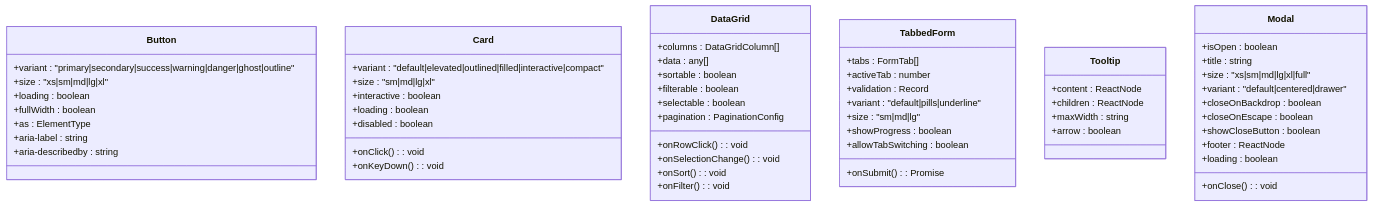
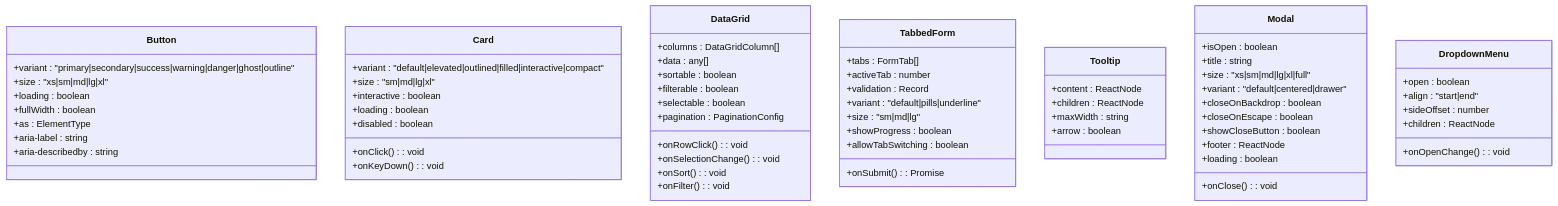
The second of 10 diagrams in .qoder/repowiki/en/content/UI Components/UI Components.md (geniusdynamics/schoolpilot), drawn with Mermaid before and after one commit. The commit also changed other lines of this file and 311 other files, not shown here.

````diff
--- a/.qoder/repowiki/en/content/UI Components/UI Components.md
+++ b/.qoder/repowiki/en/content/UI Components/UI Components.md
@@ -133,61 +167,68 @@
 ```mermaid
 classDiagram
 class Button {
 +variant : "primary|secondary|success|warning|danger|ghost|outline"
 +size : "xs|sm|md|lg|xl"
 +loading : boolean
 +fullWidth : boolean
 +as : ElementType
 +aria-label : string
 +aria-describedby : string
 }
 class Card {
 +variant : "default|elevated|outlined|filled|interactive|compact"
 +size : "sm|md|lg|xl"
 +interactive : boolean
 +loading : boolean
 +disabled : boolean
 +onClick() : void
 +onKeyDown() : void
 }
 class DataGrid {
 +columns : DataGridColumn[]
 +data : any[]
 +sortable : boolean
 +filterable : boolean
 +selectable : boolean
 +pagination : PaginationConfig
 +onRowClick() : void
 +onSelectionChange() : void
 +onSort() : void
 +onFilter() : void
 }
 class TabbedForm {
 +tabs : FormTab[]
 +activeTab : number
 +validation : Record<string, boolean>
 +onSubmit() : Promise<void>
 +variant : "default|pills|underline"
 +size : "sm|md|lg"
 +showProgress : boolean
 +allowTabSwitching : boolean
 }
 class Tooltip {
 +content : ReactNode
 +children : ReactNode
 +maxWidth : string
 +arrow : boolean
 }
 class Modal {
 +isOpen : boolean
 +onClose() : void
 +title : string
 +size : "xs|sm|md|lg|xl|full"
 +variant : "default|centered|drawer"
 +closeOnBackdrop : boolean
 +closeOnEscape : boolean
 +showCloseButton : boolean
 +footer : ReactNode
 +loading : boolean
 }
+class DropdownMenu {
++open : boolean
++onOpenChange() : void
++align : "start|end"
++sideOffset : number
++children : ReactNode
+}
 ```
````
